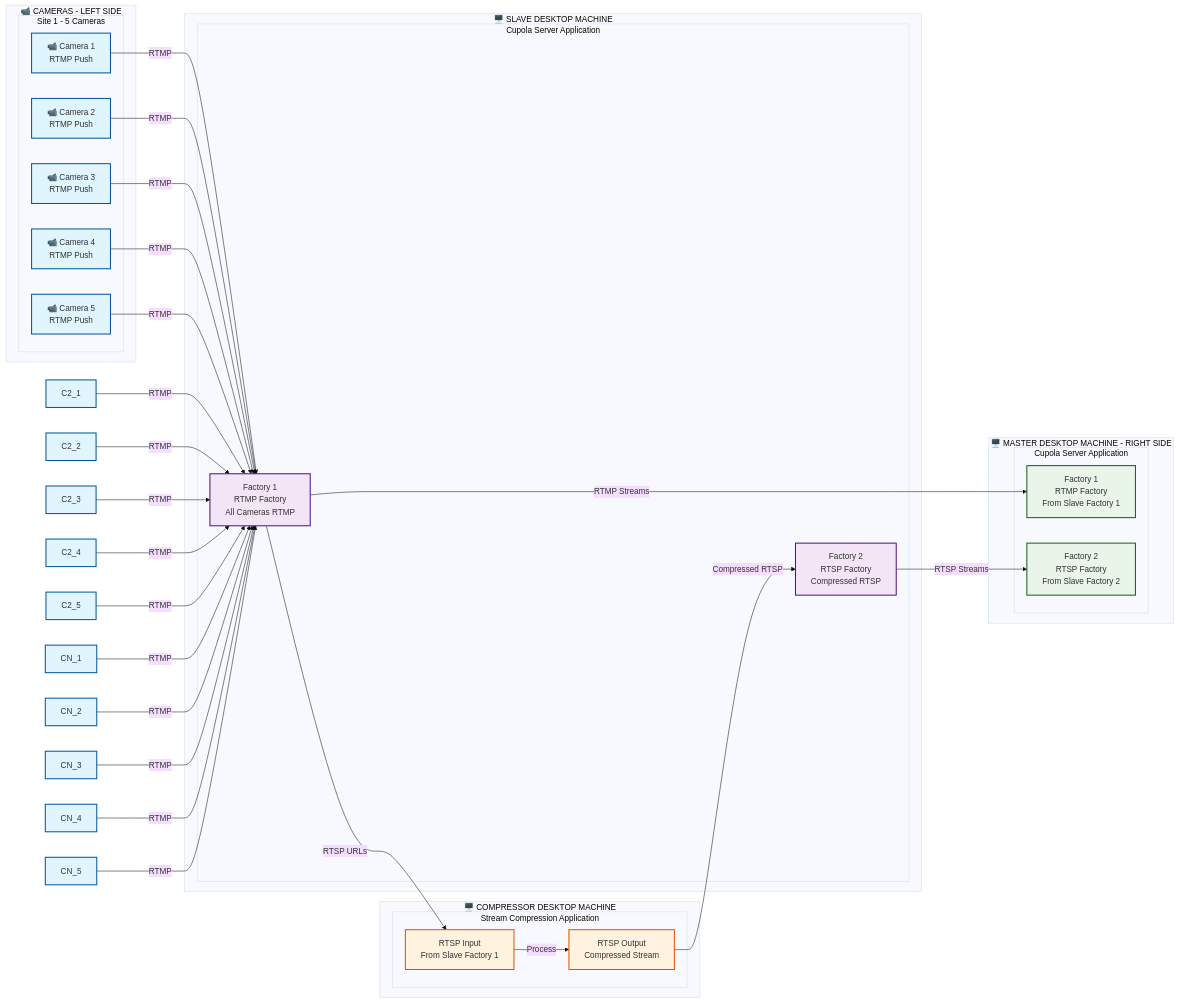
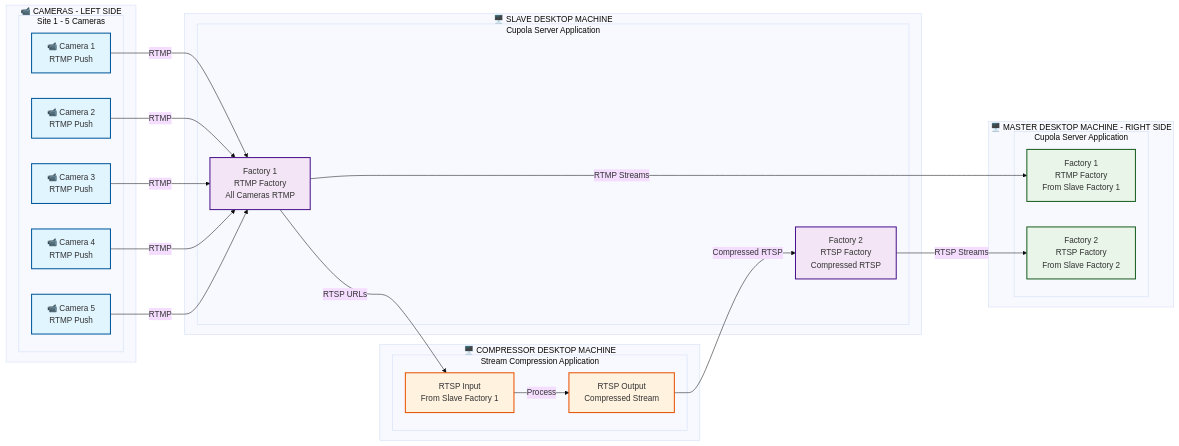
Before and after one commit to sainisoftravi/Architecture_Sites: the diagram in POC_Sites_Architecture_Diagram.md, drawn with Mermaid (base theme).

````diff
--- a/POC_Sites_Architecture_Diagram.md
+++ b/POC_Sites_Architecture_Diagram.md
@@ -8,79 +8,68 @@
 ```mermaid
 graph LR
     subgraph "📹 CAMERAS - LEFT SIDE"
         subgraph "Site 1 - 5 Cameras"
             C1_1[📹 Camera 1<br/>RTMP Push]
             C1_2[📹 Camera 2<br/>RTMP Push]
             C1_3[📹 Camera 3<br/>RTMP Push]
             C1_4[📹 Camera 4<br/>RTMP Push]
             C1_5[📹 Camera 5<br/>RTMP Push]
         end
 
     end
 
     subgraph "🖥️ SLAVE DESKTOP MACHINE"
         subgraph "Cupola Server Application"
             SF1[Factory 1<br/>RTMP Factory<br/>All Cameras RTMP]
             SF2[Factory 2<br/>RTSP Factory<br/>Compressed RTSP]
         end
     end
 
     subgraph "🖥️ COMPRESSOR DESKTOP MACHINE"
         subgraph "Stream Compression Application"
             SC_IN[RTSP Input<br/>From Slave Factory 1]
             SC_OUT[RTSP Output<br/>Compressed Stream]
         end
     end
 
     subgraph "🖥️ MASTER DESKTOP MACHINE - RIGHT SIDE"
         subgraph "Cupola Server Application"
             MF1[Factory 1<br/>RTMP Factory<br/>From Slave Factory 1]
             MF2[Factory 2<br/>RTSP Factory<br/>From Slave Factory 2]
         end
     end
 
     %% Camera connections to Slave Factory 1 (RTMP)
     C1_1 -->|RTMP| SF1
     C1_2 -->|RTMP| SF1
     C1_3 -->|RTMP| SF1
     C1_4 -->|RTMP| SF1
     C1_5 -->|RTMP| SF1
 
-    C2_1 -->|RTMP| SF1
-    C2_2 -->|RTMP| SF1
-    C2_3 -->|RTMP| SF1
-    C2_4 -->|RTMP| SF1
-    C2_5 -->|RTMP| SF1
-
-    CN_1 -->|RTMP| SF1
-    CN_2 -->|RTMP| SF1
-    CN_3 -->|RTMP| SF1
-    CN_4 -->|RTMP| SF1
-    CN_5 -->|RTMP| SF1
 
     %% Slave Factory 1 generates RTSP URLs for Compressor
     SF1 -->|RTSP URLs| SC_IN
 
     %% Compressor internal flow
     SC_IN -->|Process| SC_OUT
 
     %% Compressor outputs compressed RTSP to Slave Factory 2
     SC_OUT -->|Compressed RTSP| SF2
 
     %% Slave to Master connections
     SF1 -->|RTMP Streams| MF1
     SF2 -->|RTSP Streams| MF2
 
     %% Styling
     classDef camera fill:#e1f5fe,stroke:#01579b,stroke-width:2px
     classDef desktop fill:#f0f0f0,stroke:#333,stroke-width:3px
     classDef compressor fill:#fff3e0,stroke:#e65100,stroke-width:2px
     classDef slave fill:#f3e5f5,stroke:#4a148c,stroke-width:2px
     classDef master fill:#e8f5e8,stroke:#1b5e20,stroke-width:2px
     classDef factory fill:#fce4ec,stroke:#880e4f,stroke-width:2px
 
     class C1_1,C1_2,C1_3,C1_4,C1_5,C2_1,C2_2,C2_3,C2_4,C2_5,CN_1,CN_2,CN_3,CN_4,CN_5 camera
     class SC_IN,SC_OUT compressor
     class SF1,SF2 slave
     class MF1,MF2 master
 ```
````
